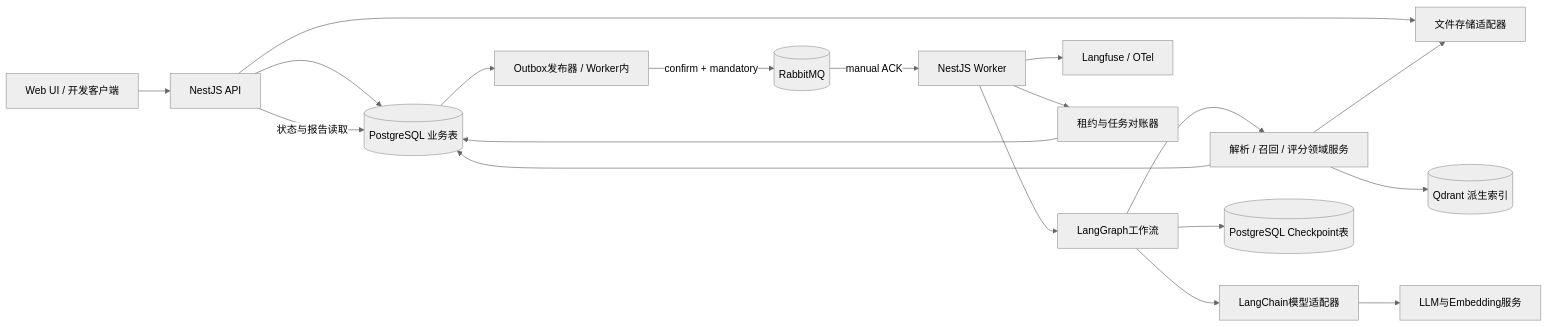
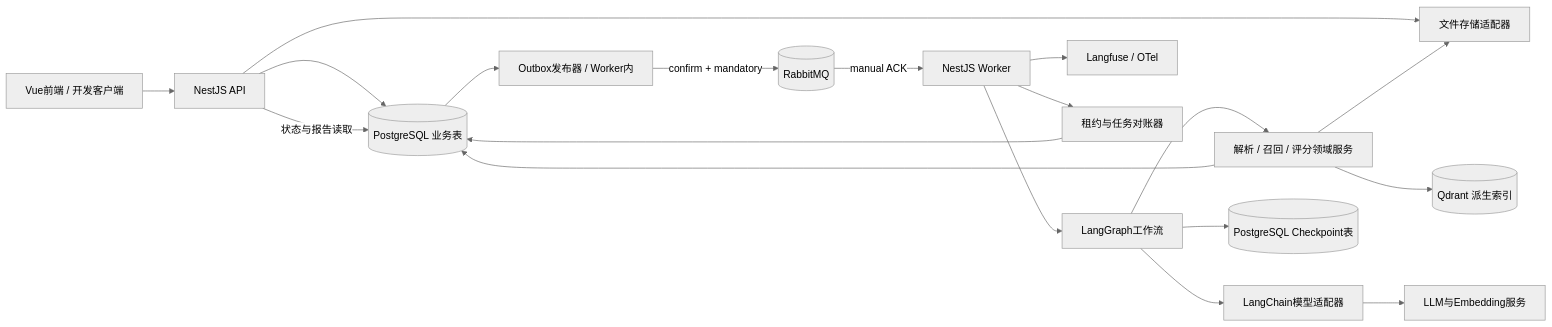
One commit to Mingan-X/Resume-Studio changed the first of 5 diagrams in docs/architecture.md. Above: the diagram before and after it, drawn with Mermaid (neutral theme). The commit also changed other lines of this file and 12 other files, not shown here.

````diff
--- a/docs/architecture.md
+++ b/docs/architecture.md
@@ -21,21 +21,21 @@
 ```mermaid
 flowchart LR
-    B[Web UI / 开发客户端] --> API[NestJS API]
+    B[Vue前端 / 开发客户端] --> API[NestJS API]
     API --> F[文件存储适配器]
     API --> PG[(PostgreSQL 业务表)]
     PG --> OB[Outbox发布器 / Worker内]
     OB -->|confirm + mandatory| MQ[(RabbitMQ)]
     MQ -->|manual ACK| W[NestJS Worker]
     W --> G[LangGraph工作流]
     G --> D[解析 / 召回 / 评分领域服务]
     G --> LC[LangChain模型适配器]
     LC --> LLM[LLM与Embedding服务]
     D --> F
     D --> PG
     D --> Q[(Qdrant 派生索引)]
     G --> CP[(PostgreSQL Checkpoint表)]
     W --> LF[Langfuse / OTel]
     API -->|状态与报告读取| PG
     W --> RC[租约与任务对账器]
     RC --> PG
 ```
````
